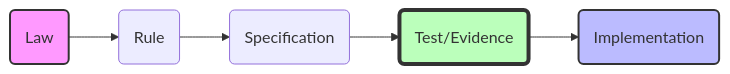
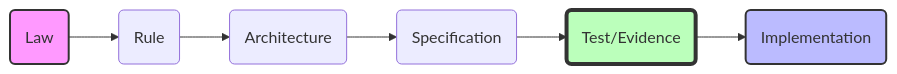
One commit to nnworkspace/presentations changed the third of 3 diagrams in elan_intro.md. Above: the diagram before and after it, drawn with Mermaid. The commit also changed other lines of this file, not shown here.

First line of the commit message:
feat(presentation): add architecture layer to elan intro

````diff
--- a/elan_intro.md
+++ b/elan_intro.md
@@ -286,11 +321,12 @@
 ```mermaid
 graph LR
     Law(Law) --> Rule(Rule)
-    Rule --> Spec(Specification)
+    Rule --> Arch(Architecture)
+    Arch --> Spec(Specification)
     Spec --> Test(Test/Evidence)
     Test --> Impl(Implementation)
     
     style Law fill:#f9f,stroke:#333,stroke-width:2px
     style Impl fill:#bbf,stroke:#333,stroke-width:2px
     style Test fill:#bfb,stroke:#333,stroke-width:4px
 ```
````
